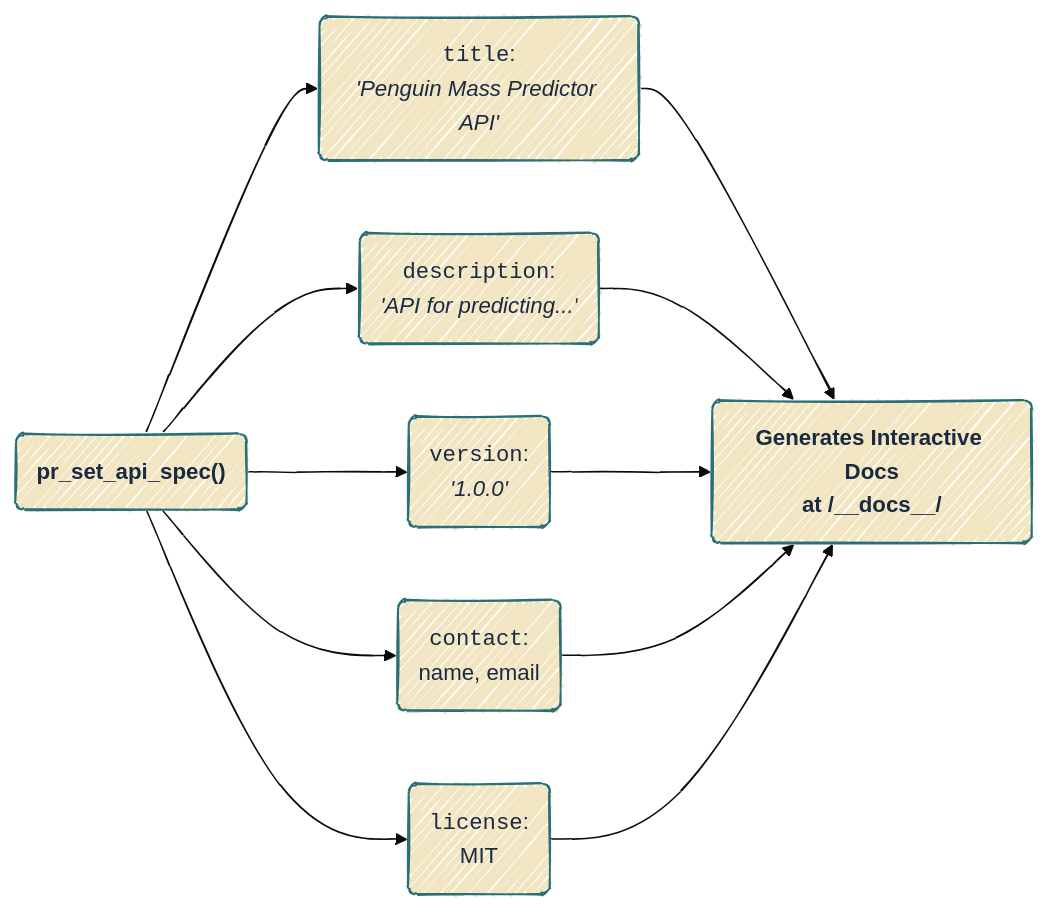
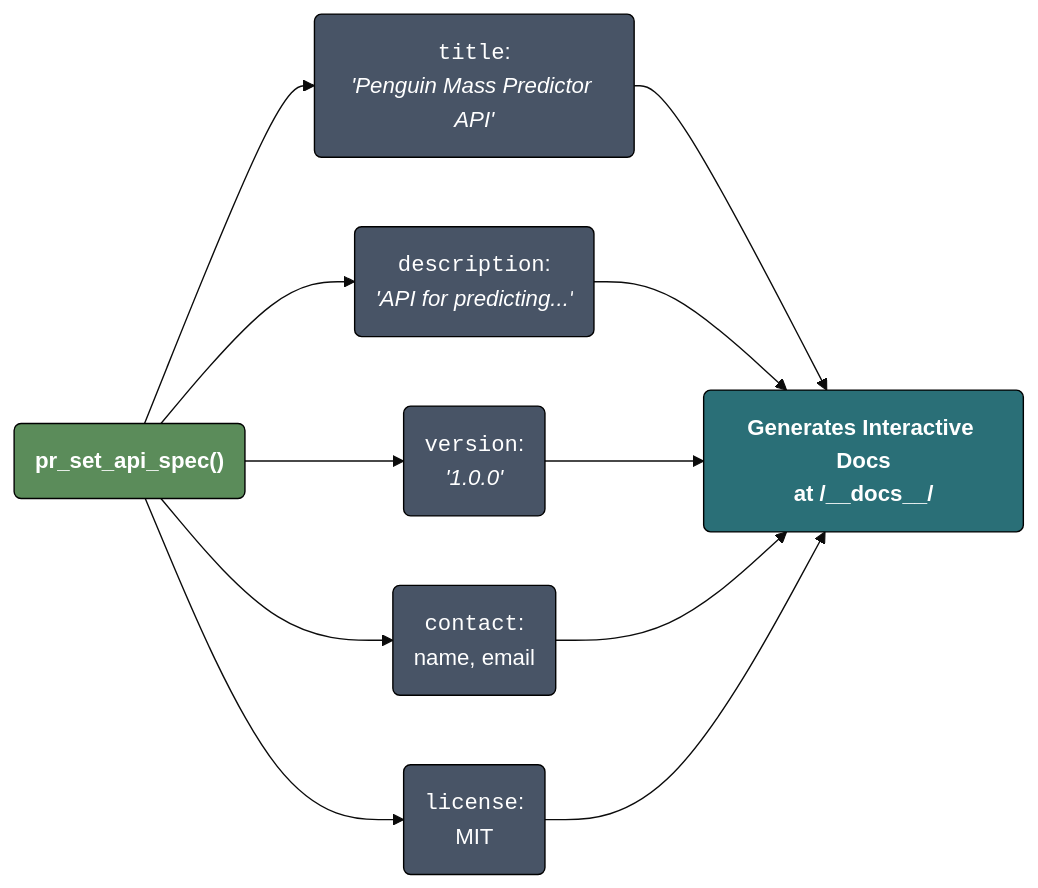
One commit to mjfrigaard/do4ds-labs changed the sixth of 7 diagrams in plumber.qmd. Above: the diagram before and after it, drawn with Mermaid. The commit also changed other lines of this file and 48 other files, not shown here.

````diff
--- a/plumber.qmd
+++ b/plumber.qmd
@@ -1250,20 +1269,26 @@
 ```{mermaid}
 %%| fig-width: 7.0
-%%| fig-align: center
-%%{init: {'theme': 'base', 'look': 'handDrawn', 'themeVariables': {'fontFamily': 'monospace'}}}%%
+%%| fig-align: 'center'
+%%{init: {'theme': 'base', 'themeVariables': {'fontFamily': 'monospace'}}}%%
 
 graph LR
-    
+
     Function("<strong>pr_set_api_spec()</strong>")
-    
+
     Function --> Title("<code>title</code>:<br><em>'Penguin Mass Predictor API'</em>")
     Function --> Desc("<code>description</code>:<br><em>'API for predicting...'</em>")
     Function --> Version("<code>version</code>:<br><em>'1.0.0'</em>")
     Function --> Contact("<code>contact</code>:<br>name, email")
     Function --> License("<code>license</code>:<br>MIT")
-    
+
     Title & Desc & Version & Contact & License --> Swagger("<strong>Generates Interactive Docs<br>at /__docs__/</strong>")
-    classDef default fill:#F2E6C2,stroke:#2A6F77,color:#1B2A41
+    style Function fill:#5B8C5A,stroke:#000000,stroke-width:1px,color:#ffffff
+    style Title fill:#485466,stroke:#000000,stroke-width:1px,color:#ffffff
+    style Desc fill:#485466,stroke:#000000,stroke-width:1px,color:#ffffff
+    style Version fill:#485466,stroke:#000000,stroke-width:1px,color:#ffffff
+    style Contact fill:#485466,stroke:#000000,stroke-width:1px,color:#ffffff
+    style License fill:#485466,stroke:#000000,stroke-width:1px,color:#ffffff
+    style Swagger fill:#2A6F77,stroke:#000000,stroke-width:1px,color:#ffffff
     
     
 ```
````
